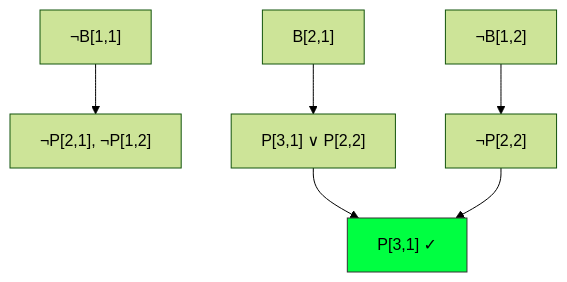
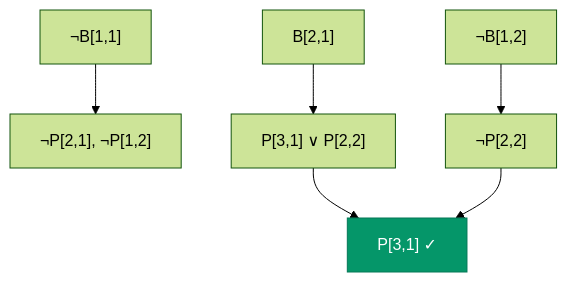
Before and after one commit to NuriaGarciaV/ia_p26: the diagram in clase/03_logica/05_wumpus_world.md, drawn with Mermaid (forest theme). The commit also changed 5 other files, not shown here.

Commit message:
improved mermaid colouring

````diff
--- a/clase/03_logica/05_wumpus_world.md
+++ b/clase/03_logica/05_wumpus_world.md
@@ -207,9 +207,9 @@
 ```mermaid
 graph TD
     A["¬B[1,1]"] --> B["¬P[2,1], ¬P[1,2]"]
     C["B[2,1]"] --> D["P[3,1] ∨ P[2,2]"]
     E["¬B[1,2]"] --> F["¬P[2,2]"]
     D & F --> G["P[3,1] ✓"]
     
-    style G fill:#00ff41,stroke:#333,color:#000
+    style G fill:#059669,stroke:#047857,color:#fff
 ```
````
